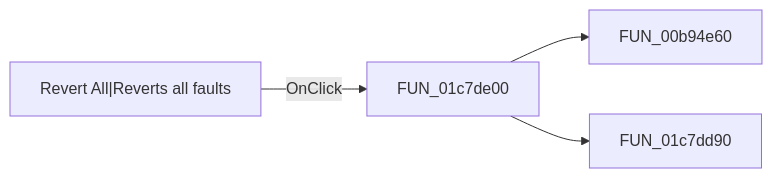
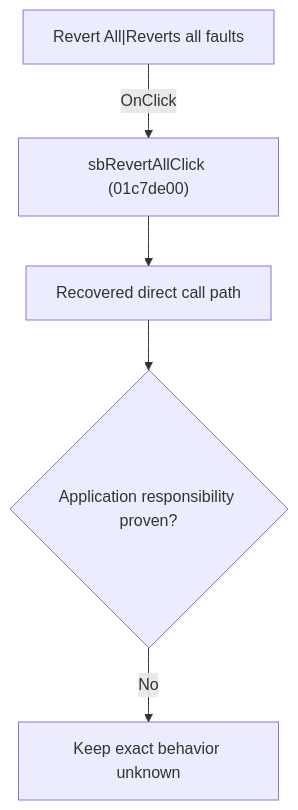
One commit to MovGP0/TIARA changed the diagram in docs/ui-controls/schematiceditor/sbrevertall-685f0889f9.md. Above: the diagram before and after it, drawn with Mermaid. The commit also changed other lines of this file and 1062 other files, not shown here.

````diff
--- a/docs/ui-controls/schematiceditor/sbrevertall-685f0889f9.md
+++ b/docs/ui-controls/schematiceditor/sbrevertall-685f0889f9.md
@@ -27,6 +27,7 @@
 ```mermaid
-flowchart LR
-    control["Revert All|Reverts all faults"] -->|OnClick| handler["FUN_01c7de00"]
-    handler --> call1["FUN_00b94e60"]
-    handler --> call2["FUN_01c7dd90"]
+flowchart TD
+    control["Revert All|Reverts all faults"] -->|"OnClick"| handler["sbRevertAllClick (01c7de00)"]
+    handler --> recovered["Recovered direct call path"]
+    recovered --> gap{"Application responsibility proven?"}
+    gap -->|"No"| blocked["Keep exact behavior unknown"]
 ```
````
